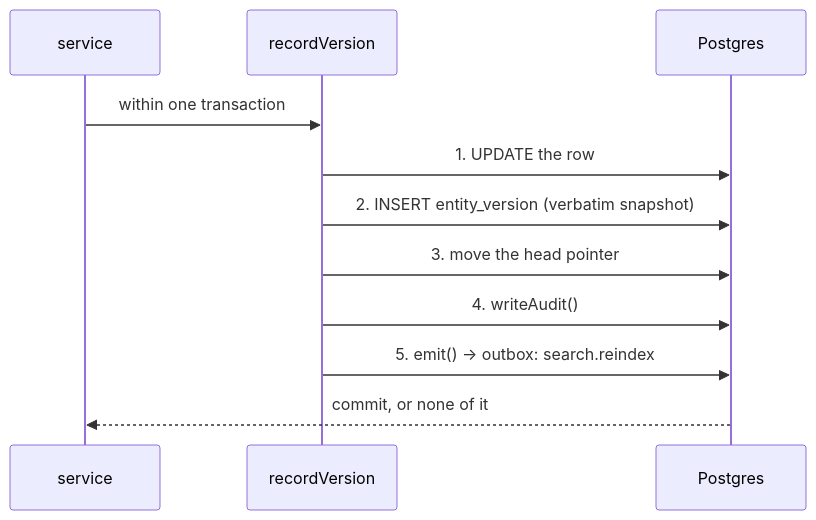
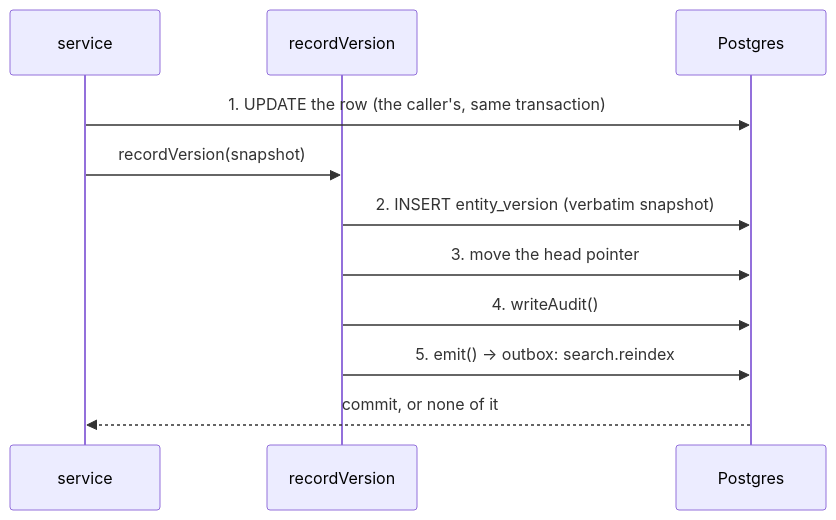
Before and after one commit to lions-admin/lions-of-zion: the second of 2 diagrams in docs/data-model.md, drawn with Mermaid. The commit also changed other lines of this file and 37 other files, not shown here.

````diff
--- a/docs/data-model.md
+++ b/docs/data-model.md
@@ -136,14 +185,14 @@
 ```mermaid
 sequenceDiagram
     participant S as service
     participant V as recordVersion
     participant D as Postgres
 
-    S->>V: within one transaction
-    V->>D: 1. UPDATE the row
+    S->>D: 1. UPDATE the row (the caller's, same transaction)
+    S->>V: recordVersion(snapshot)
     V->>D: 2. INSERT entity_version (verbatim snapshot)
     V->>D: 3. move the head pointer
     V->>D: 4. writeAudit()
     V->>D: 5. emit() → outbox: search.reindex
     D-->>S: commit, or none of it
 ```
````
